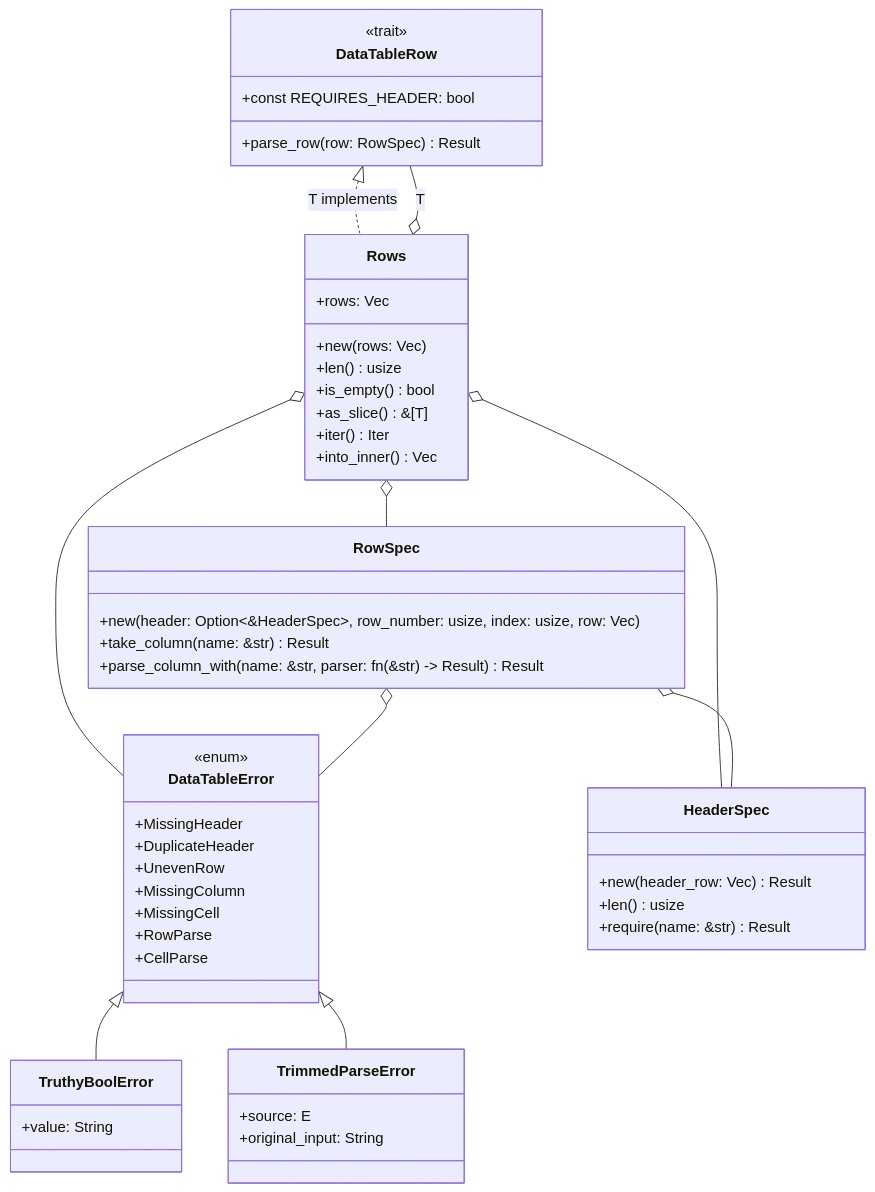
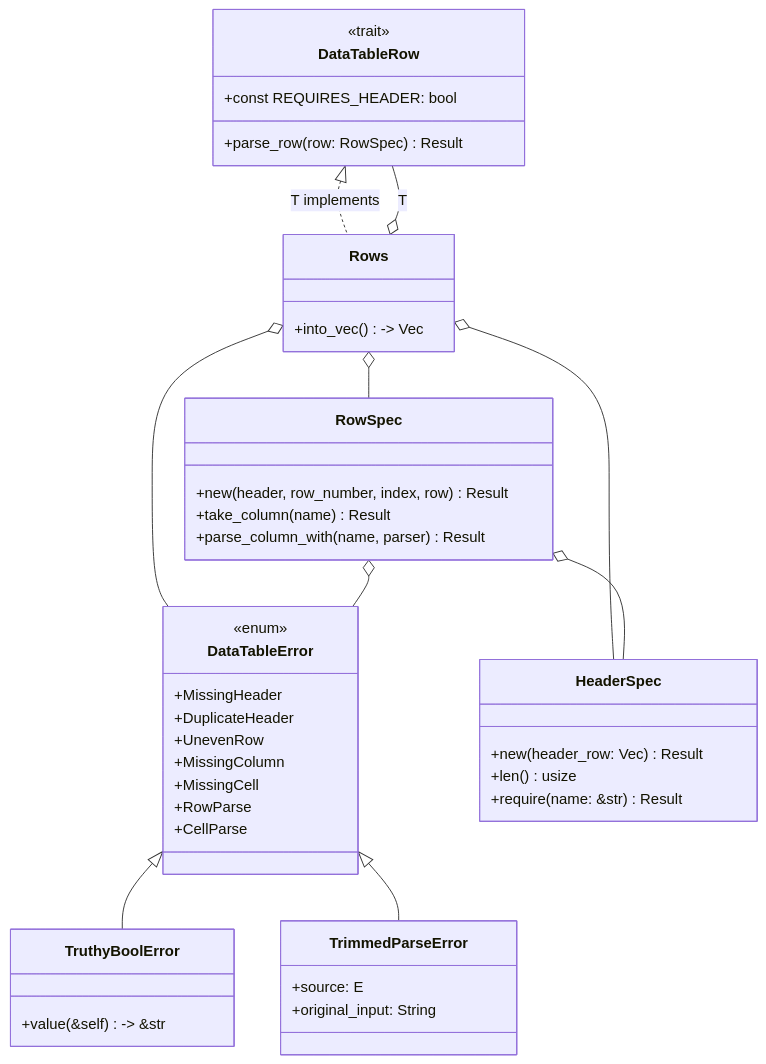
The first of 17 diagrams in docs/rstest-bdd-design.md (leynos/rstest-bdd), drawn with Mermaid before and after one commit. The commit also changed other lines of this file and 6 other files, not shown here.

````diff
--- a/docs/rstest-bdd-design.md
+++ b/docs/rstest-bdd-design.md
@@ -290,53 +292,47 @@
 ```mermaid
 classDiagram
     class DataTableRow {
         <<trait>>
         +const REQUIRES_HEADER: bool
         +parse_row(row: RowSpec) Result<Self, DataTableError>
     }
     class Rows {
-        +rows: Vec<T>
-        +new(rows: Vec<T>)
-        +len() usize
-        +is_empty() bool
-        +as_slice() &[T]
-        +iter() Iter<T>
-        +into_inner() Vec<T>
+        +into_vec() -> Vec<T>
     }
     class DataTableError {
         <<enum>>
         +MissingHeader
         +DuplicateHeader
         +UnevenRow
         +MissingColumn
         +MissingCell
         +RowParse
         +CellParse
     }
     class HeaderSpec {
         +new(header_row: Vec<String>) Result<Self, DataTableError>
         +len() usize
         +require(name: &str) Result<usize, DataTableError>
     }
     class RowSpec {
-        +new(header: Option<&HeaderSpec>, row_number: usize, index: usize, row: Vec<String>)
-        +take_column(name: &str) Result<String, DataTableError>
-        +parse_column_with(name: &str, parser: fn(&str) -> Result<T, E>) Result<T, DataTableError>
+        +new(header, row_number, index, row) Result<Self, DataTableError>
+        +take_column(name) Result<String, DataTableError>
+        +parse_column_with(name, parser) Result<T, DataTableError>
     }
     class TruthyBoolError {
-        +value: String
+        +value(&self) -> &str
     }
     class TrimmedParseError {
         +source: E
         +original_input: String
     }
     DataTableRow <|.. Rows : T implements
     Rows o-- DataTableRow : T
     Rows o-- DataTableError
     Rows o-- HeaderSpec
     Rows o-- RowSpec
     RowSpec o-- HeaderSpec
     RowSpec o-- DataTableError
     DataTableError <|-- TruthyBoolError
     DataTableError <|-- TrimmedParseError
 ```
````
